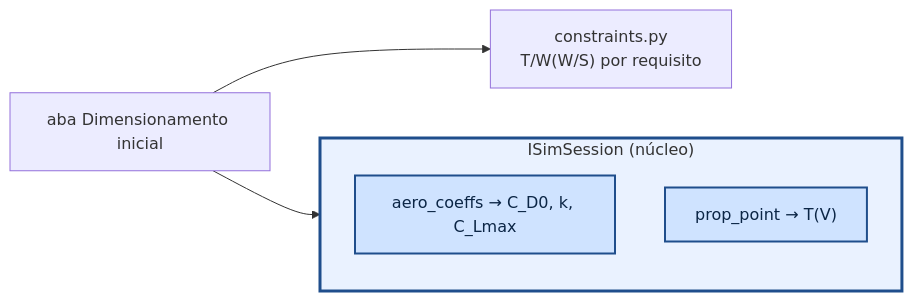
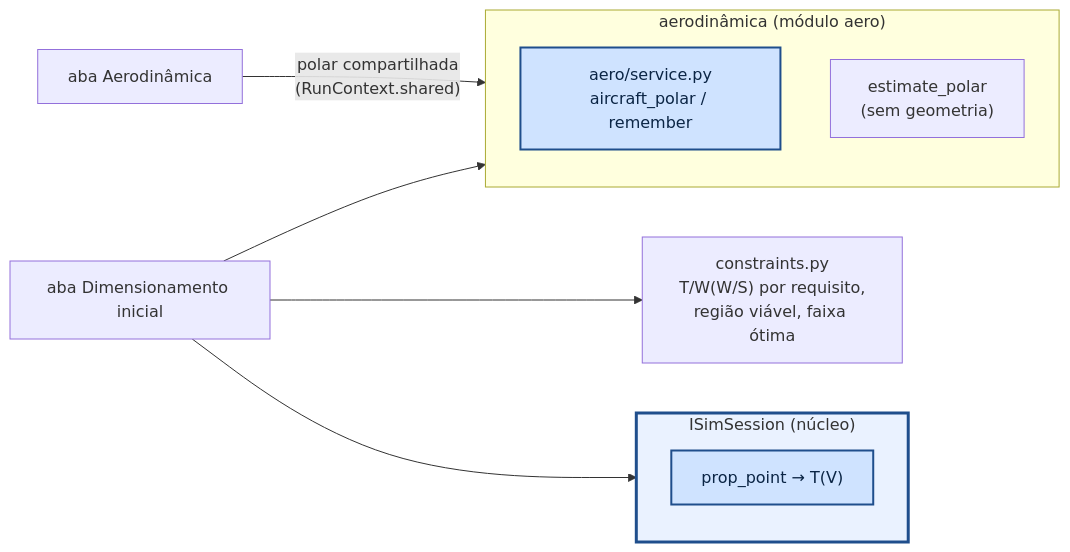
The diagram in aerosim/sizing/README.md (vitordallolivo/AircraftSimulation), drawn with Mermaid before and after one commit. The commit also changed other lines of this file and 10 other files, not shown here.

First line of the commit message:
Dimensionamento inicial: polar vinda da aerodinâmica, região viável, faixa ótima, pouso/gradiente/V máx, P/m

````diff
--- a/aerosim/sizing/README.md
+++ b/aerosim/sizing/README.md
@@ -7,13 +8,18 @@
 ```mermaid
 flowchart LR
+    subgraph AERO["aerodinâmica (módulo aero)"]
+        direction TB
+        P1["aero/service.py<br/>aircraft_polar / remember"]
+        P2["estimate_polar<br/>(sem geometria)"]
+    end
     subgraph IF["ISimSession (núcleo)"]
-        direction TB
-        A1["aero_coeffs → C_D0, k, C_Lmax"]
         A2["prop_point → T(V)"]
     end
-    TAB["aba Dimensionamento inicial"] --> C["constraints.py<br/>T/W(W/S) por requisito"]
+    AT["aba Aerodinâmica"] -->|"polar compartilhada<br/>(RunContext.shared)"| P1
+    TAB["aba Dimensionamento inicial"] --> AERO
+    TAB --> C["constraints.py<br/>T/W(W/S) por requisito,<br/>região viável, faixa ótima"]
     TAB --> IF
     classDef iface fill:#cfe3ff,stroke:#1f4e8c,stroke-width:2px,color:#0b2545
-    class A1,A2 iface
+    class A2,P1 iface
     style IF fill:#eaf2ff,stroke:#1f4e8c,stroke-width:3px
 ```
````
